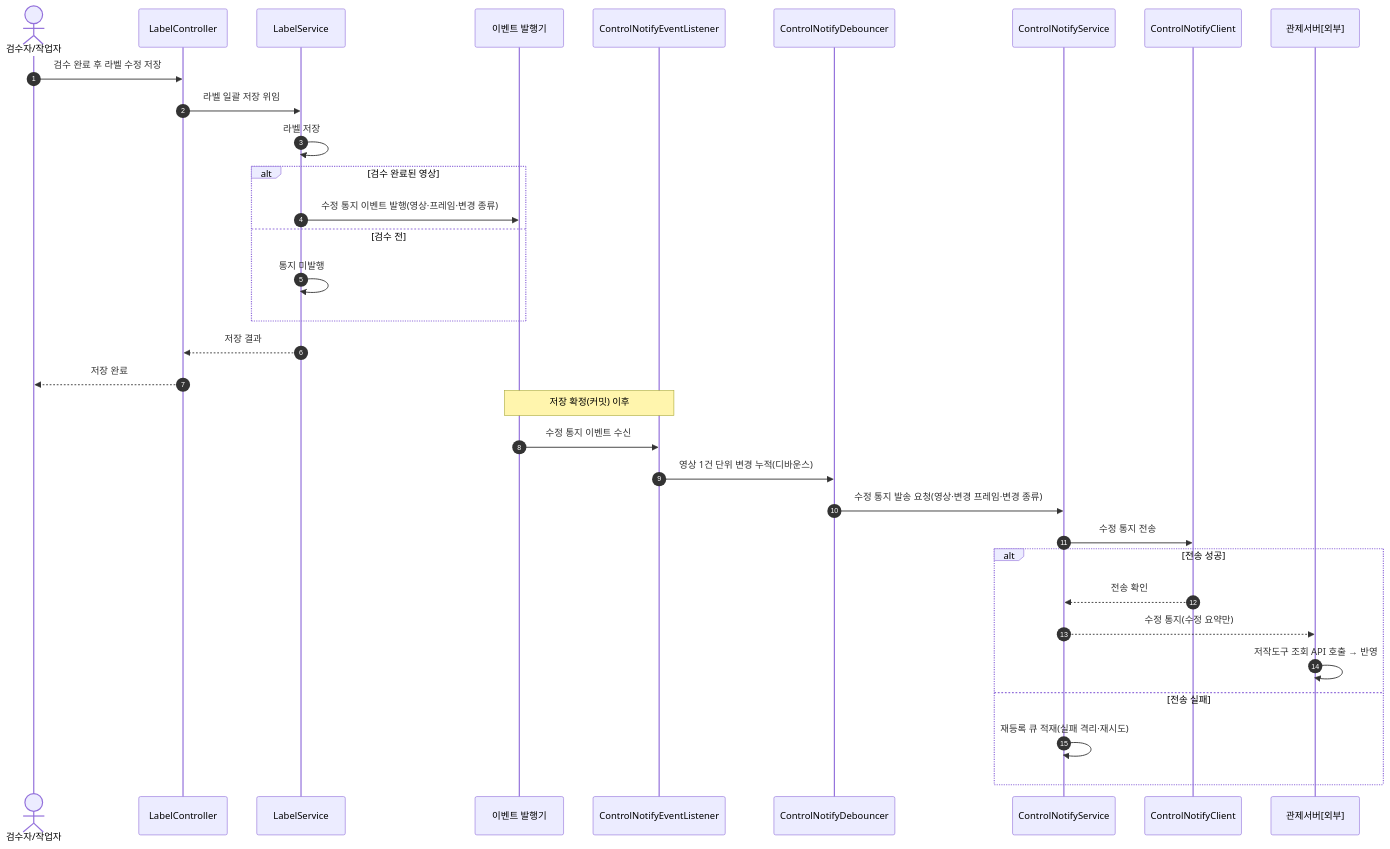
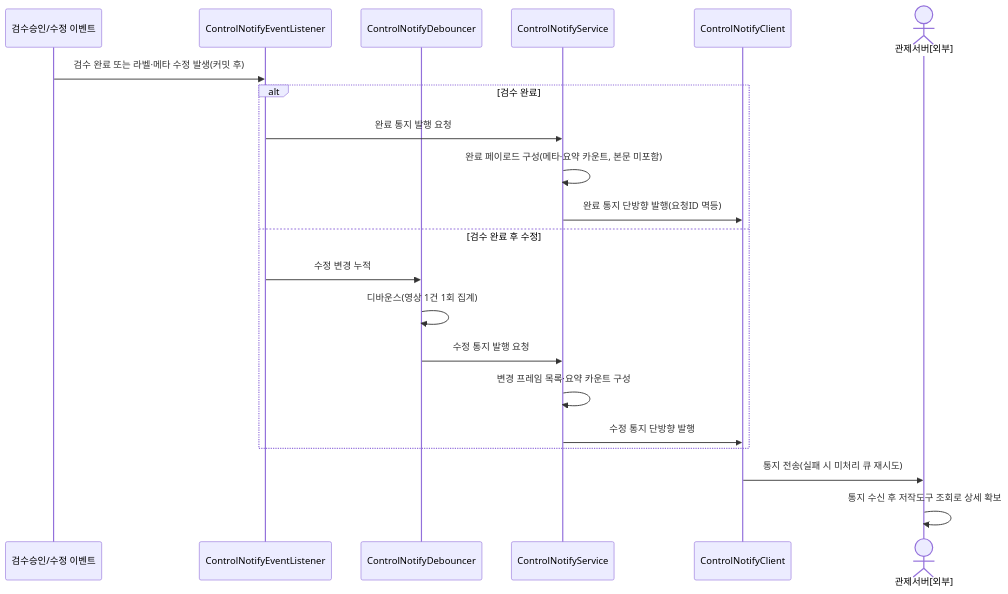
Before and after one commit to New-stella/klid-label: the ninth of 36 diagrams in docs/design/D1-클래스설계서.md, drawn with Mermaid. The commit also changed other lines of this file and 7 other files, not shown here.

````diff
--- a/docs/design/D1-클래스설계서.md
+++ b/docs/design/D1-클래스설계서.md
@@ -572,35 +451,23 @@
 ```mermaid
 sequenceDiagram
-    autonumber
-    actor RV as 검수자/작업자
-    participant LC as LabelController
-    participant LS as LabelService
-    participant EP as 이벤트 발행기
-    participant EL as ControlNotifyEventListener
-    participant DBn as ControlNotifyDebouncer
-    participant CNS as ControlNotifyService
-    participant CC as ControlNotifyClient
-    participant CTL as 관제서버[외부]
-    RV->>LC: 검수 완료 후 라벨 수정 저장
-    LC->>LS: 라벨 일괄 저장 위임
-    LS->>LS: 라벨 저장
-    alt 검수 완료된 영상
-        LS->>EP: 수정 통지 이벤트 발행(영상·프레임·변경 종류)
-    else 검수 전
-        LS->>LS: 통지 미발행
+    participant E as 검수승인/수정 이벤트
+    participant LIS as ControlNotifyEventListener
+    participant DEB as ControlNotifyDebouncer
+    participant S as ControlNotifyService
+    participant CL as ControlNotifyClient
+    actor CTRL as 관제서버[외부]
+    E->>LIS: 검수 완료 또는 라벨·메타 수정 발생(커밋 후)
+    alt 검수 완료
+        LIS->>S: 완료 통지 발행 요청
+        S->>S: 완료 페이로드 구성(메타·요약 카운트, 본문 미포함)
+        S->>CL: 완료 통지 단방향 발행(요청ID 멱등)
+    else 검수 완료 후 수정
+        LIS->>DEB: 수정 변경 누적
+        DEB->>DEB: 디바운스(영상 1건 1회 집계)
+        DEB->>S: 수정 통지 발행 요청
+        S->>S: 변경 프레임 목록·요약 카운트 구성
+        S->>CL: 수정 통지 단방향 발행
     end
-    LS-->>LC: 저장 결과
-    LC-->>RV: 저장 완료
-    Note over EP,EL: 저장 확정(커밋) 이후
-    EP->>EL: 수정 통지 이벤트 수신
-    EL->>DBn: 영상 1건 단위 변경 누적(디바운스)
-    DBn->>CNS: 수정 통지 발송 요청(영상·변경 프레임·변경 종류)
-    CNS->>CC: 수정 통지 전송
-    alt 전송 성공
-        CC-->>CNS: 전송 확인
-        CNS-->>CTL: 수정 통지(수정 요약만)
-        CTL->>CTL: 저작도구 조회 API 호출 → 반영
-    else 전송 실패
-        CNS->>CNS: 재등록 큐 적재(실패 격리·재시도)
-    end
+    CL->>CTRL: 통지 전송(실패 시 미처리 큐 재시도)
+    CTRL->>CTRL: 통지 수신 후 저작도구 조회로 상세 확보
 ```
````
